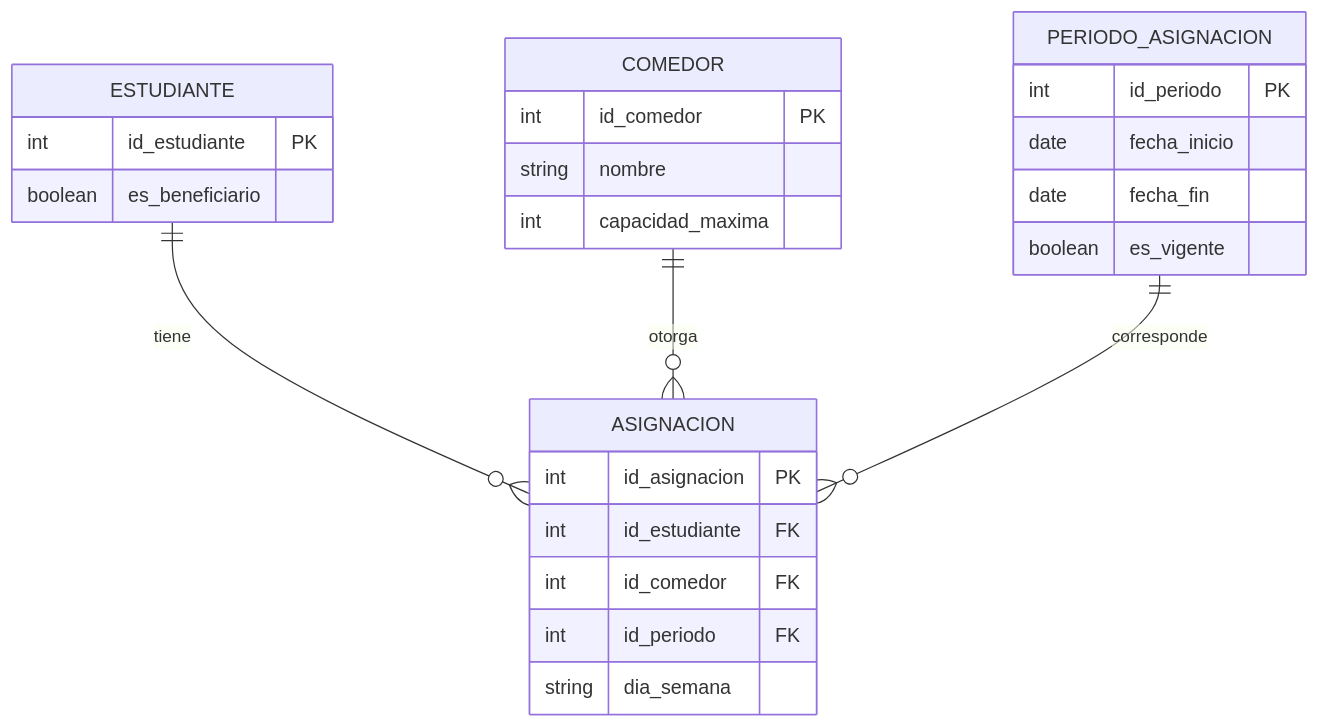
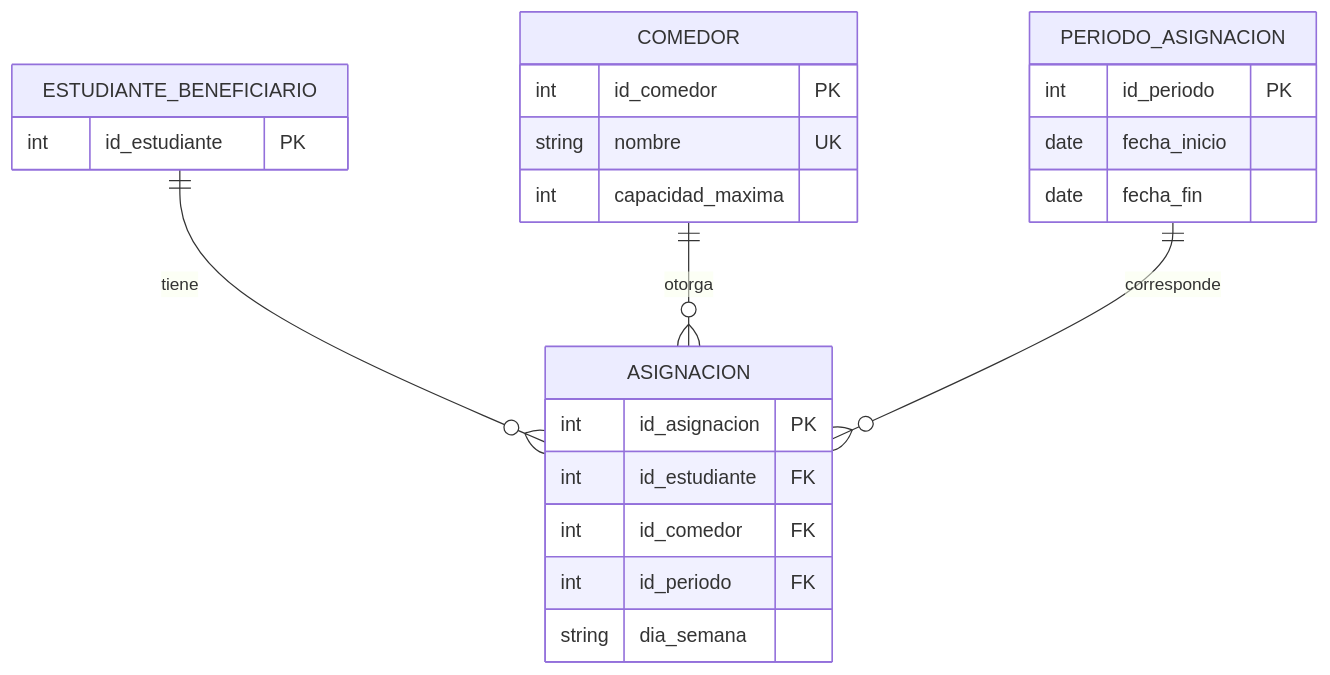
Before and after one commit to alfredoquev/Almuerzate.app: the second of 2 diagrams in docs/requirements/almuerzate_interaction_and_data_design_v1_0_md.md, drawn with Mermaid. The commit also changed other lines of this file, not shown here.

````diff
--- a/docs/requirements/almuerzate_interaction_and_data_design_v1_0_md.md
+++ b/docs/requirements/almuerzate_interaction_and_data_design_v1_0_md.md
@@ -77,29 +80,27 @@
 ```mermaid
 erDiagram
-    ESTUDIANTE ||--o{ ASIGNACION : tiene
+    ESTUDIANTE_BENEFICIARIO ||--o{ ASIGNACION : tiene
     COMEDOR ||--o{ ASIGNACION : otorga
     PERIODO_ASIGNACION ||--o{ ASIGNACION : corresponde
-
-    ESTUDIANTE {
+ 
+    ESTUDIANTE_BENEFICIARIO {
         int id_estudiante PK
-        boolean es_beneficiario
     }
     COMEDOR {
         int id_comedor PK
-        string nombre
+        string nombre UK
         int capacidad_maxima
     }
     PERIODO_ASIGNACION {
         int id_periodo PK
         date fecha_inicio
         date fecha_fin
-        boolean es_vigente
     }
     ASIGNACION {
         int id_asignacion PK
         int id_estudiante FK
         int id_comedor FK
         int id_periodo FK
         string dia_semana
     }
 ```
````
